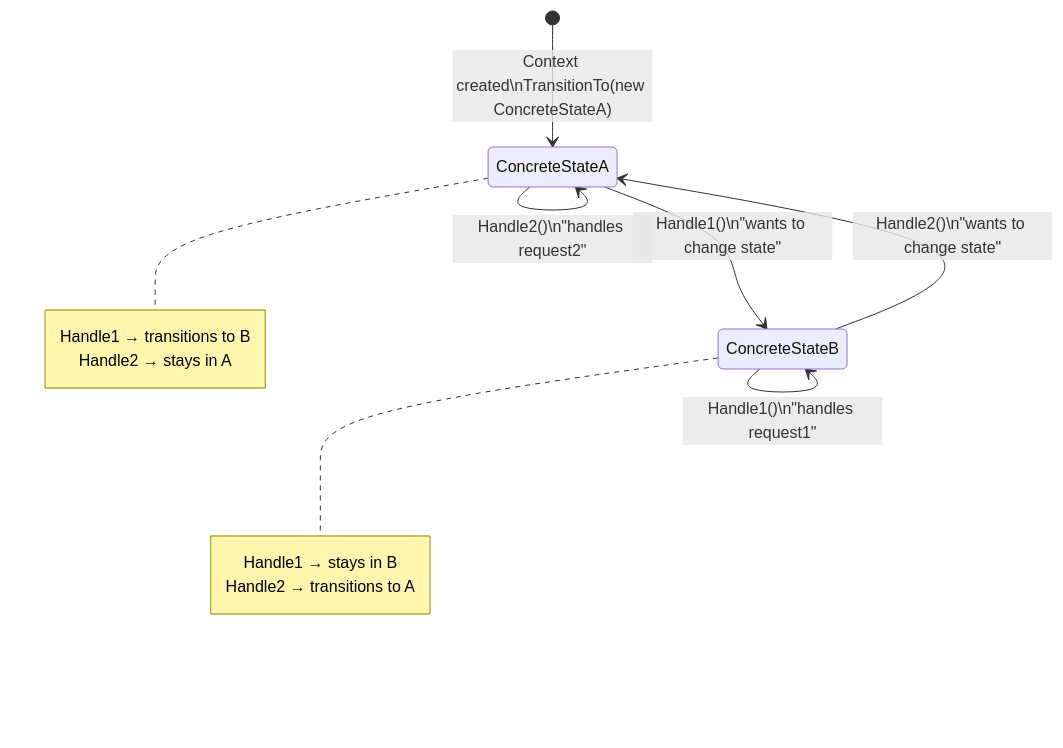
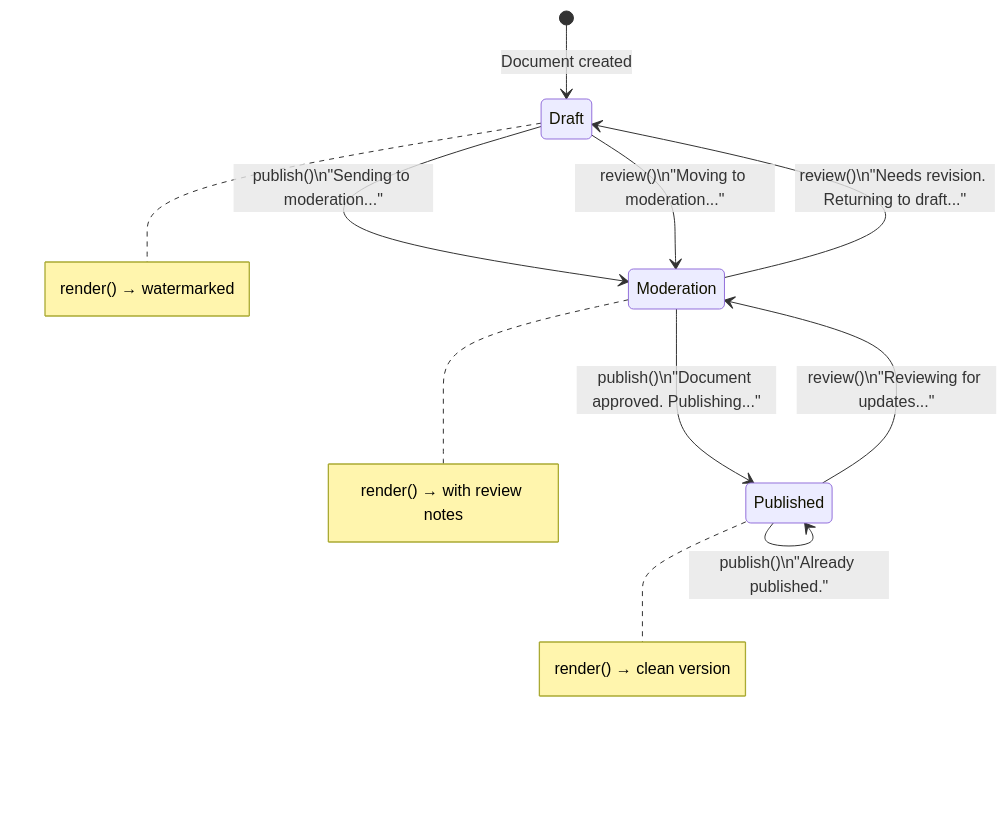
The first of 4 diagrams in 07_DesignPatterns/01_BehavioralPatterns/06_State/02_StateMachineExample/README.md (Apisteftos/QtTutorialCpp), drawn with Mermaid before and after one commit. The commit also changed other lines of this file and 349 other files, not shown here.

````diff
--- a/07_DesignPatterns/01_BehavioralPatterns/06_State/02_StateMachineExample/README.md
+++ b/07_DesignPatterns/01_BehavioralPatterns/06_State/02_StateMachineExample/README.md
@@ -13,20 +27,17 @@
 ```mermaid
 stateDiagram-v2
-    [*] --> ConcreteStateA : Context created\nTransitionTo(new ConcreteStateA)
+    [*] --> Draft : Document created
 
-    ConcreteStateA --> ConcreteStateB : Handle1()\n"wants to change state"
-    ConcreteStateB --> ConcreteStateA : Handle2()\n"wants to change state"
+    Draft --> Moderation : publish()\n"Sending to moderation..."
+    Draft --> Moderation : review()\n"Moving to moderation..."
 
-    ConcreteStateA --> ConcreteStateA : Handle2()\n"handles request2"
-    ConcreteStateB --> ConcreteStateB : Handle1()\n"handles request1"
+    Moderation --> Published : publish()\n"Document approved. Publishing..."
+    Moderation --> Draft : review()\n"Needs revision. Returning to draft..."
 
-    note right of ConcreteStateA
-        Handle1 → transitions to B
-        Handle2 → stays in A
-    end note
+    Published --> Moderation : review()\n"Reviewing for updates..."
+    Published --> Published : publish()\n"Already published."
 
-    note right of ConcreteStateB
-        Handle1 → stays in B
-        Handle2 → transitions to A
-    end note
+    note right of Draft : render() → watermarked
+    note right of Moderation : render() → with review notes
+    note right of Published : render() → clean version
 ```
````
